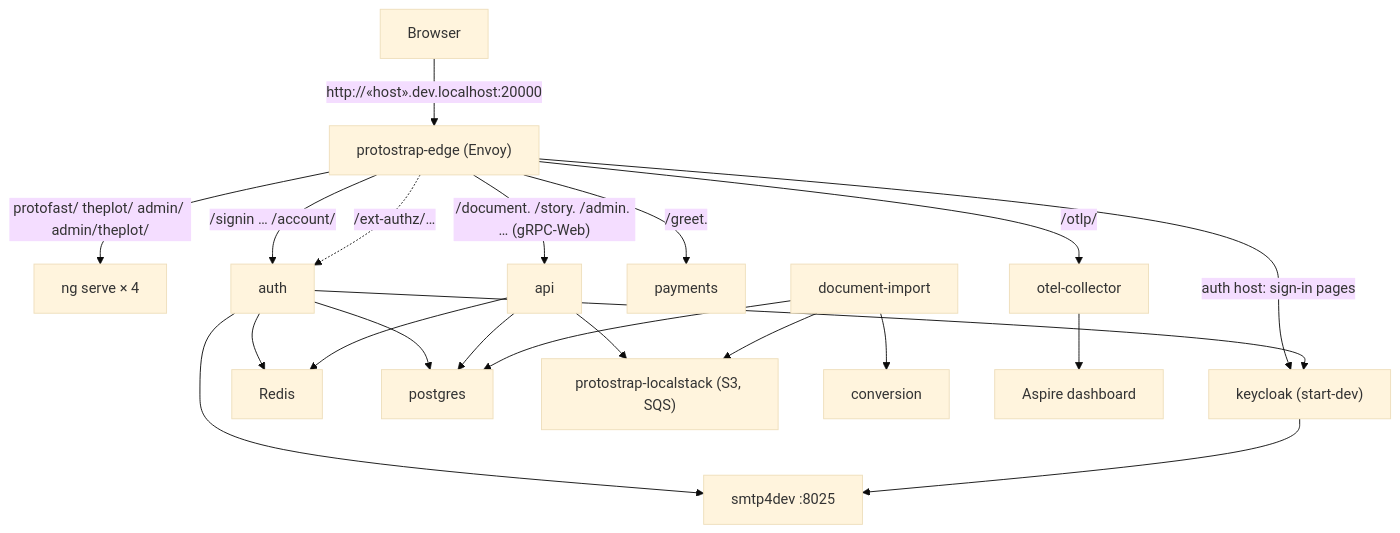
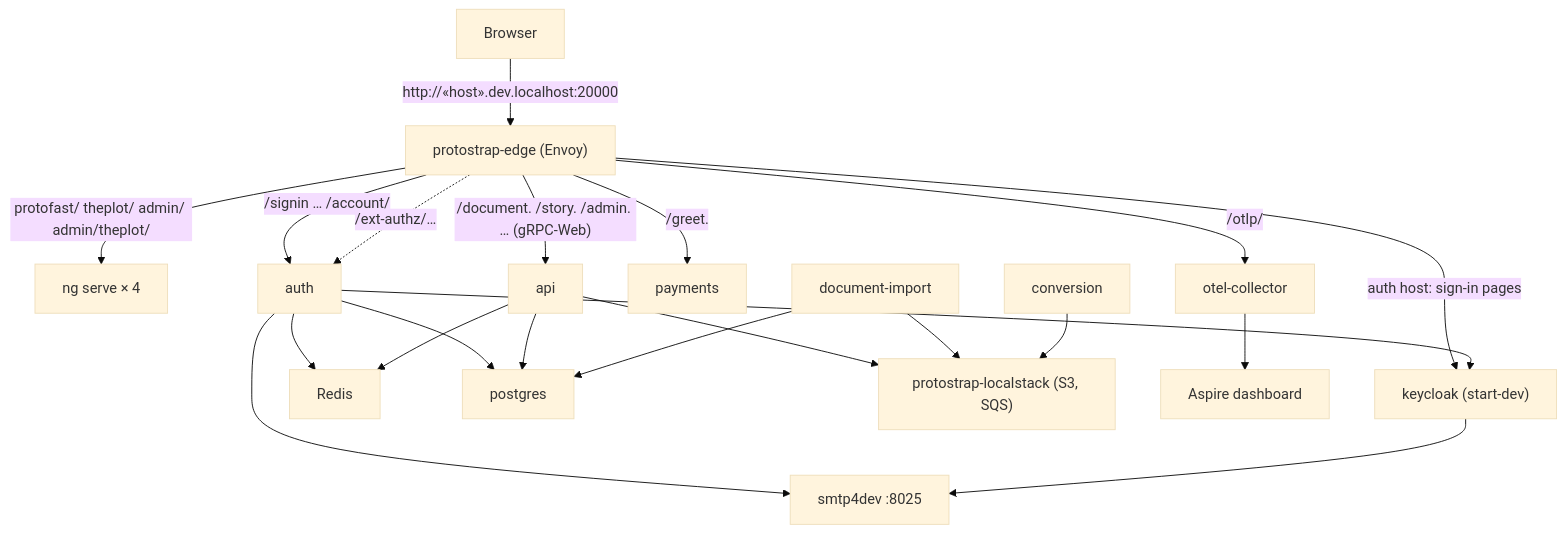
One commit to duncan-G/ProtoFast changed the first of 2 diagrams in docs/01-topology.md. Above: the diagram before and after it, drawn with Mermaid (base theme). The commit also changed other lines of this file and 36 other files, not shown here.

````diff
--- a/docs/01-topology.md
+++ b/docs/01-topology.md
@@ -57,16 +57,17 @@
 ```mermaid
 graph TD
     Browser -->|"http://«host».dev.localhost:20000"| Edge["protostrap-edge (Envoy)"]
     Edge -->|"protofast/ theplot/ admin/ admin/theplot/"| Ng["ng serve × 4"]
     Edge -->|"/signin … /account/"| Auth["auth"]
     Edge -->|"/document. /story. /admin. … (gRPC-Web)"| Api["api"]
     Edge -->|"/greet."| Pay["payments"]
     Edge -->|"auth host: sign-in pages"| KC["keycloak (start-dev)"]
     Edge -->|"/otlp/"| Otel["otel-collector"]
     Edge -.->|"/ext-authz/…"| Auth
     Auth --> KC & Redis & PG["postgres"]
     Api --> PG & Redis & LS["protostrap-localstack (S3, SQS)"]
-    Import["document-import"] --> LS & Conv["conversion"] & PG
+    Import["document-import"] --> LS & PG
+    Conv["conversion"] --> LS
     Auth & KC --> Smtp["smtp4dev :8025"]
     Otel --> Dash["Aspire dashboard"]
 ```
````
